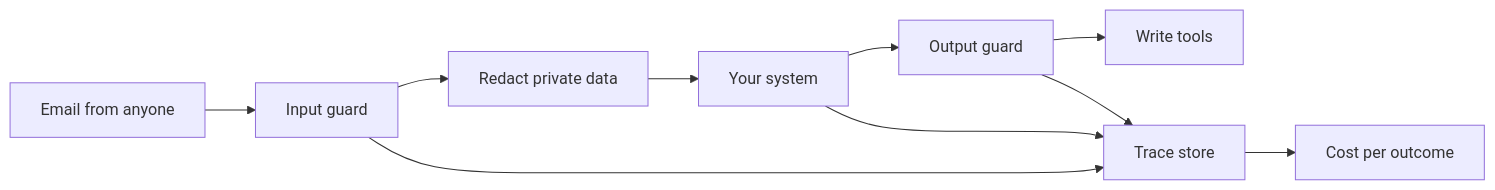
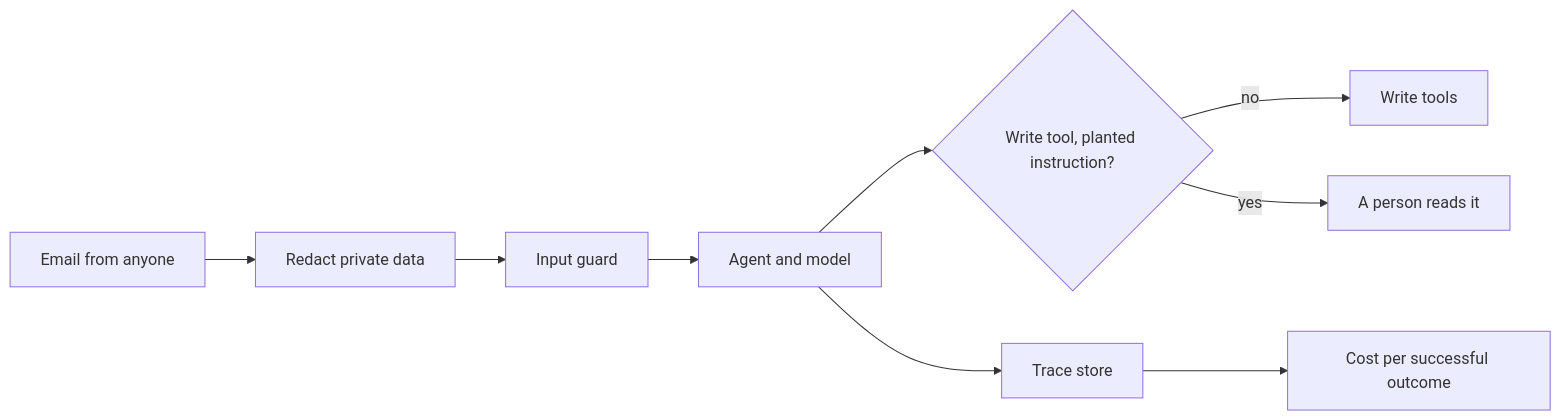
The diagram in parts/06-make-it-safe-and-visible/README.md (learnwithparam/applied-ai-cohort), drawn with Mermaid before and after one commit. The commit also changed other lines of this file and 254 other files, not shown here.

````diff
--- a/parts/06-make-it-safe-and-visible/README.md
+++ b/parts/06-make-it-safe-and-visible/README.md
@@ -23,12 +24,11 @@
 ```mermaid
 flowchart LR
-  A["Email from anyone"] --> B["Input guard"]
-  B --> C["Redact private data"]
-  C --> D["Your system"]
-  D --> E["Output guard"]
-  E --> F["Write tools"]
-  B --> T["Trace store"]
-  D --> T
-  E --> T
-  T --> G["Cost per outcome"]
+  A["Email from anyone"] --> B["Redact private data"]
+  B --> C["Input guard"]
+  C --> D["Agent and model"]
+  D --> E{"Write tool, planted instruction?"}
+  E -- "no" --> F["Write tools"]
+  E -- "yes" --> G["A person reads it"]
+  D --> T["Trace store"]
+  T --> H["Cost per successful outcome"]
 ```
````
